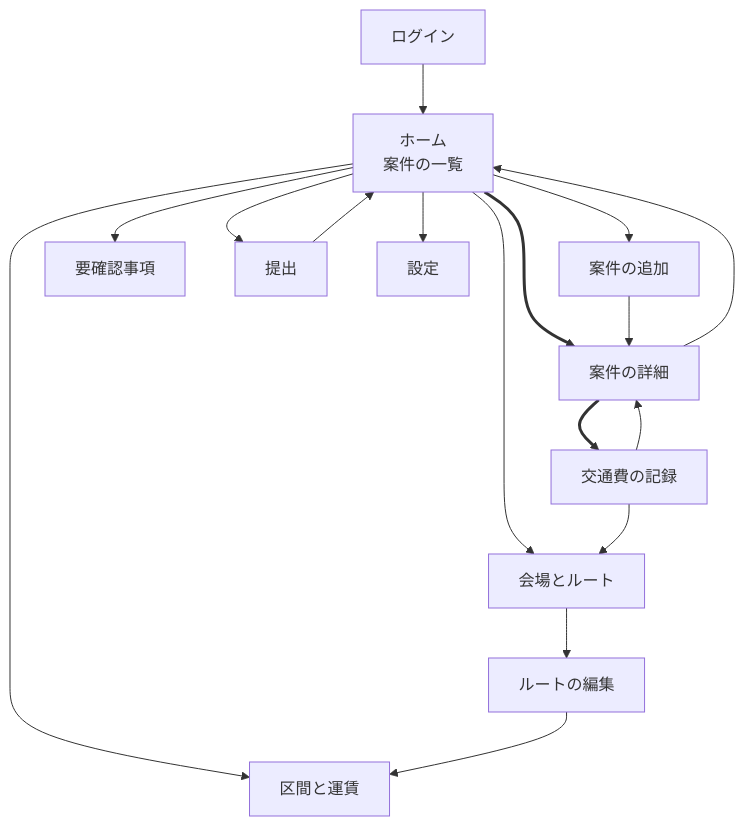
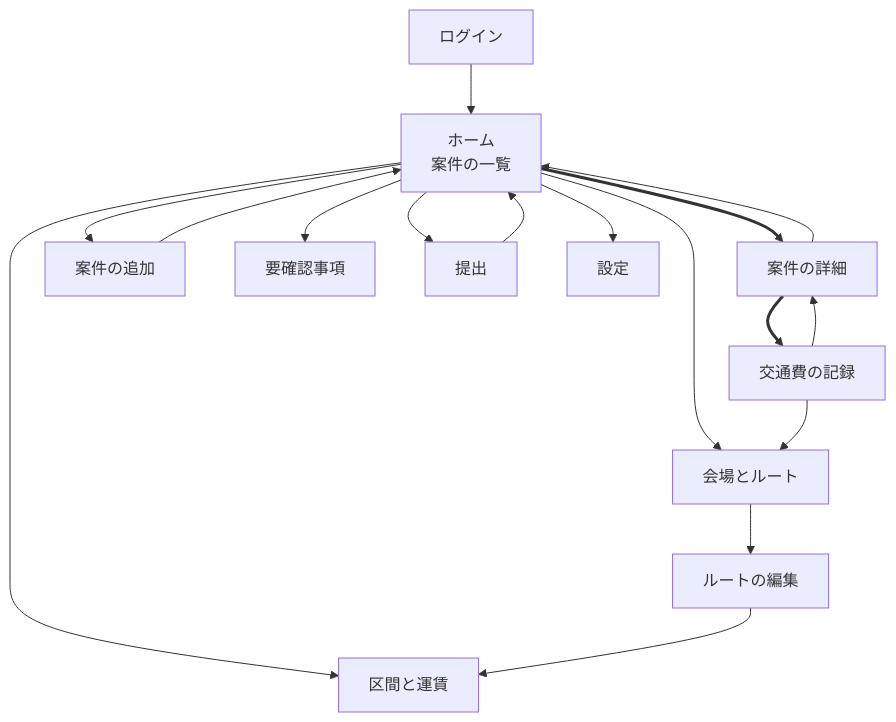
One commit to tk-media-code/expense-claim changed the diagram in docs/design/screens.md. Above: the diagram before and after it, drawn with Mermaid. The commit also changed other lines of this file and 3 other files, not shown here.

````diff
--- a/docs/design/screens.md
+++ b/docs/design/screens.md
@@ -22,29 +22,29 @@
 ```mermaid
 flowchart TD
     login["ログイン"] --> home
 
     home["ホーム<br/>案件の一覧"]
 
     home --> detail["案件の詳細"]
     home --> add["案件の追加"]
     home --> attention["要確認事項"]
     home --> submit["提出"]
     home --> venues["会場とルート"]
     home --> segments["区間と運賃"]
     home --> settings["設定"]
 
     detail --> record["交通費の記録"]
     detail --> home
 
     venues --> routeEdit["ルートの編集"]
     routeEdit --> segments
 
     record --> detail
     record --> venues
 
     submit --> home
-    add --> detail
+    add --> home
 
     linkStyle 1 stroke-width:3px
     linkStyle 8 stroke-width:3px
 ```
````
